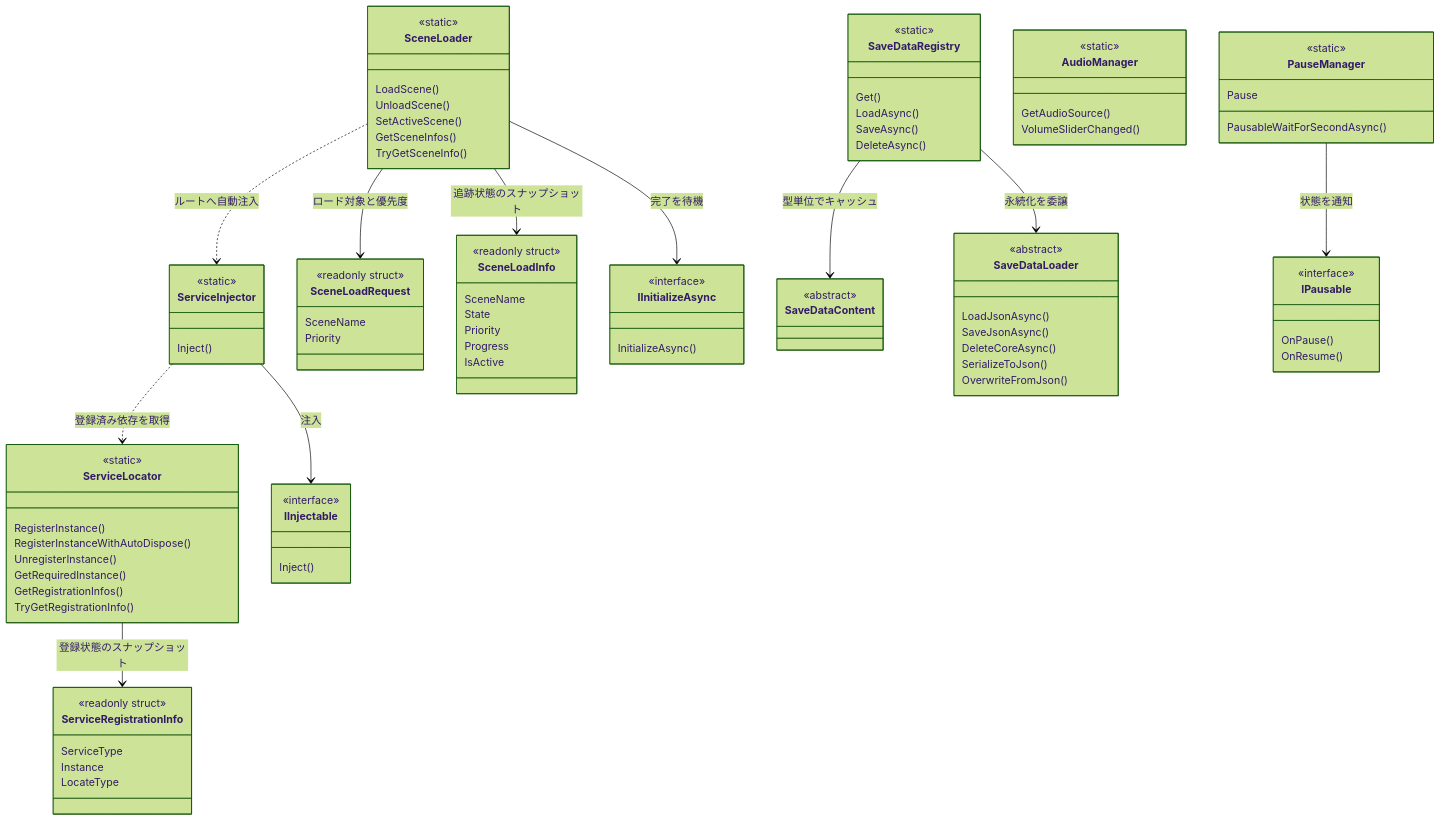
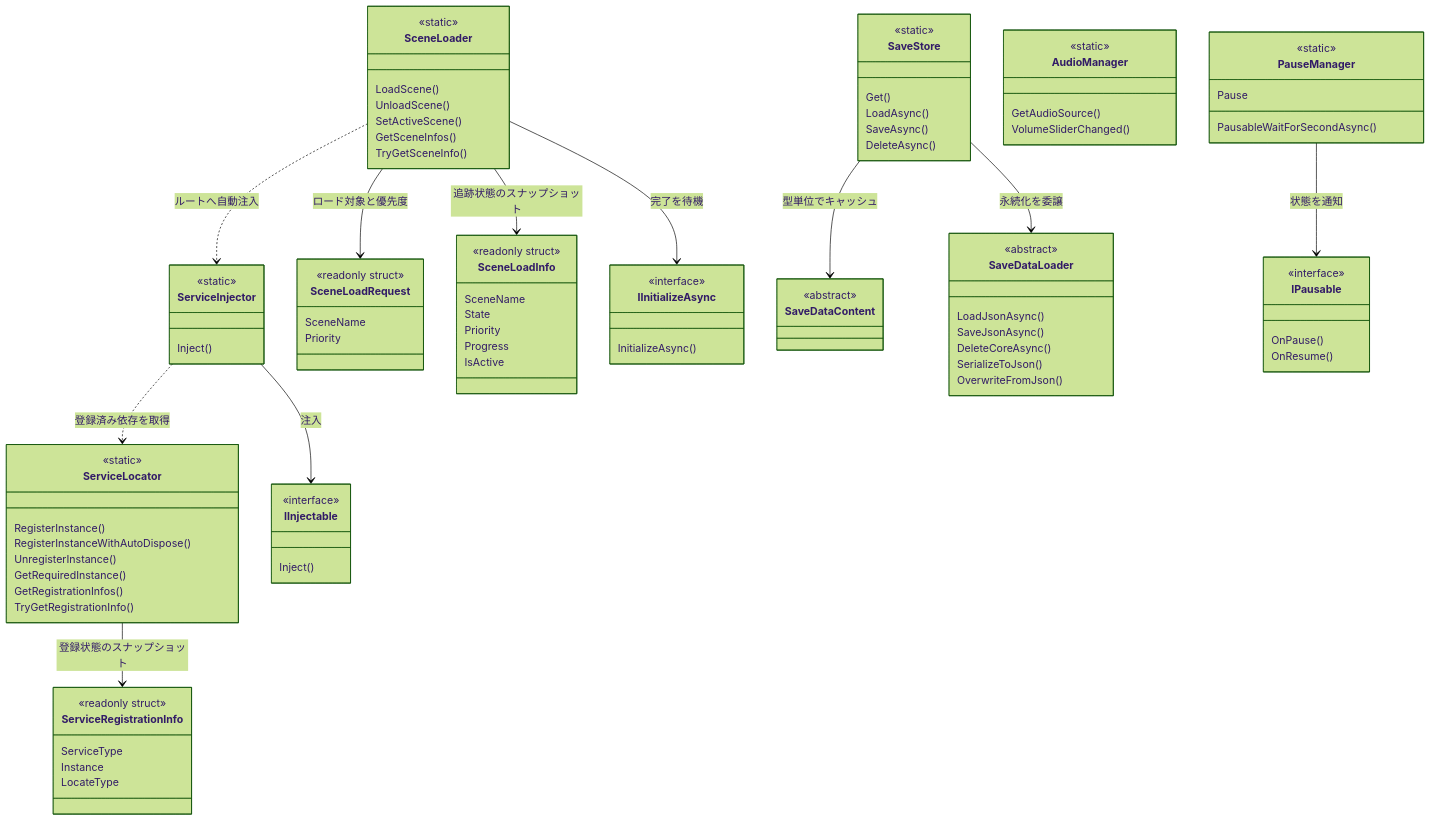
The third of 9 diagrams in Documentation~/Architecture.md (HIBIKI5201/SymphonyFramework), drawn with Mermaid (forest theme) before and after one commit. The commit also changed other lines of this file and 19 other files, not shown here.

First line of the commit message:
[add]SaveDataRegistryをSaveStoreへ改名

````diff
--- a/Documentation~/Architecture.md
+++ b/Documentation~/Architecture.md
@@ -121,7 +121,7 @@
         <<interface>>
         InitializeAsync()
     }
-    class SaveDataRegistry {
+    class SaveStore {
         <<static>>
         Get()
         LoadAsync()
@@ -162,7 +162,7 @@
     SceneLoader --> SceneLoadInfo : 追跡状態のスナップショット
     SceneLoader ..> ServiceInjector : ルートへ自動注入
     SceneLoader --> IInitializeAsync : 完了を待機
-    SaveDataRegistry --> SaveDataContent : 型単位でキャッシュ
-    SaveDataRegistry --> SaveDataLoader : 永続化を委譲
+    SaveStore --> SaveDataContent : 型単位でキャッシュ
+    SaveStore --> SaveDataLoader : 永続化を委譲
     PauseManager --> IPausable : 状態を通知
 ```
````
